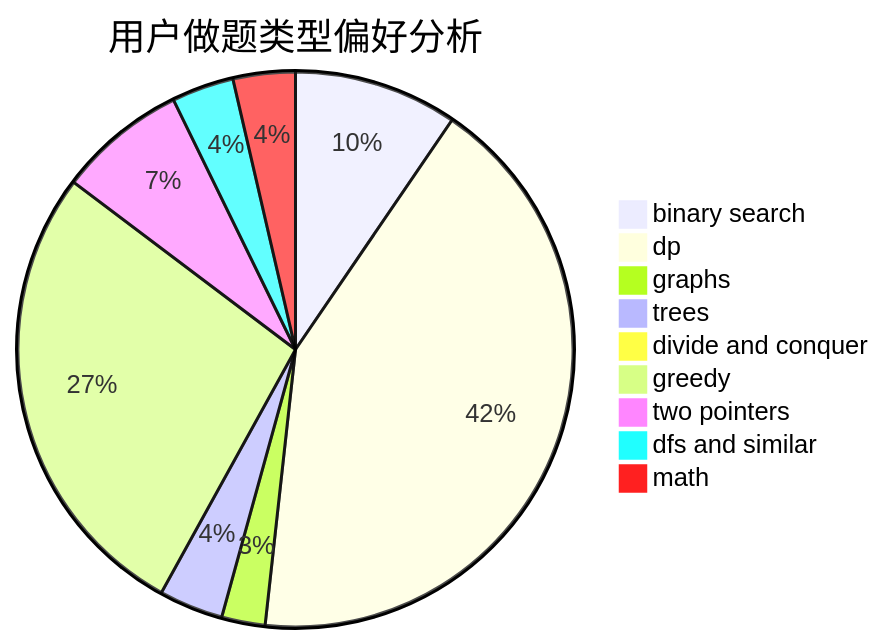
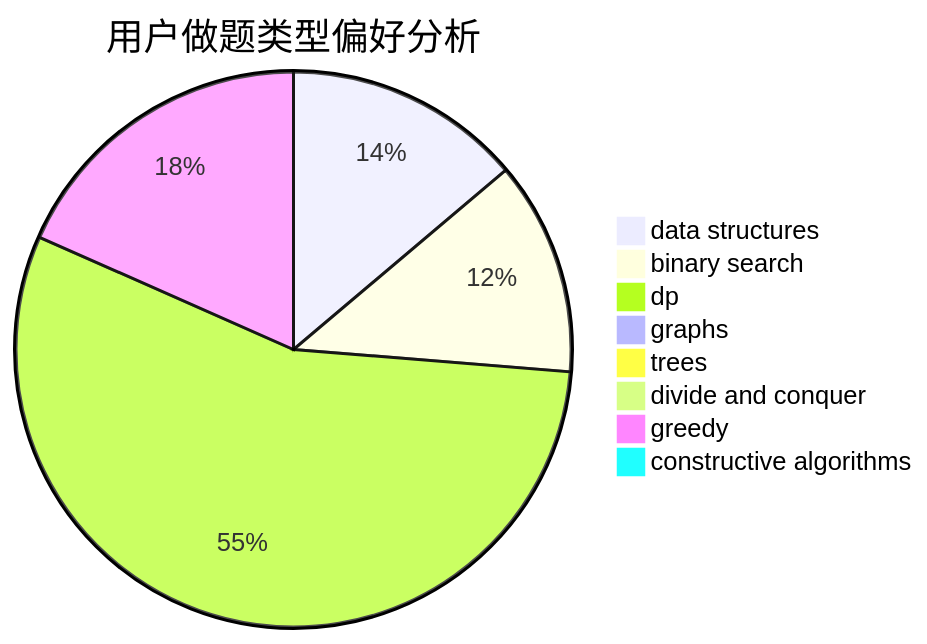
Before and after one commit to sherpahu/cfrs.github.io: the second of 3 diagrams in docs/user/u2209.md, drawn with Mermaid. The commit also changed other lines of this file and 2775 other files, not shown here.

````diff
--- a/docs/user/u2209.md
+++ b/docs/user/u2209.md
@@ -23,12 +23,11 @@
 ```mermaid
 pie title 用户做题类型偏好分析
-    "binary search" :  79
-    "dp" :  350
-    "graphs" :  21
-    "trees" :  31
+    "data structures" :  70
+    "binary search" :  63
+    "dp" :  280
+    "graphs" :  0
+    "trees" :  0
     "divide and conquer" :  0
-    "greedy" :  226
-    "two pointers" :  62
-    "dfs and similar" :  30
-    "math" :  30
+    "greedy" :  93
+    "constructive algorithms" :  5
 ```
````
